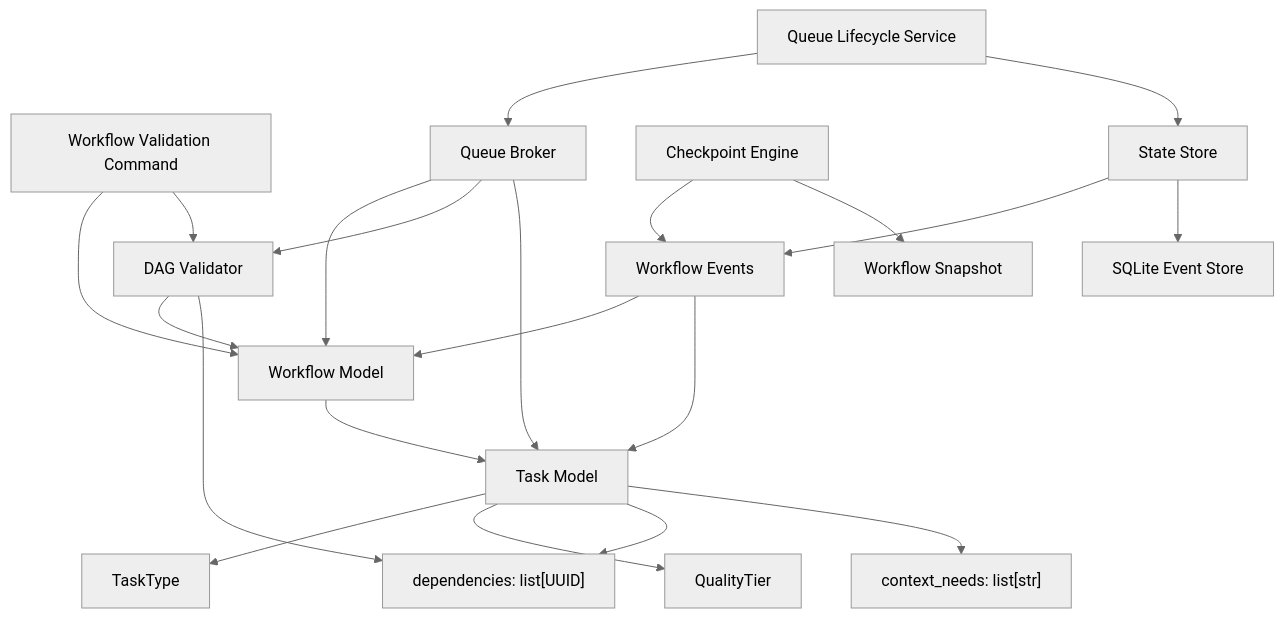
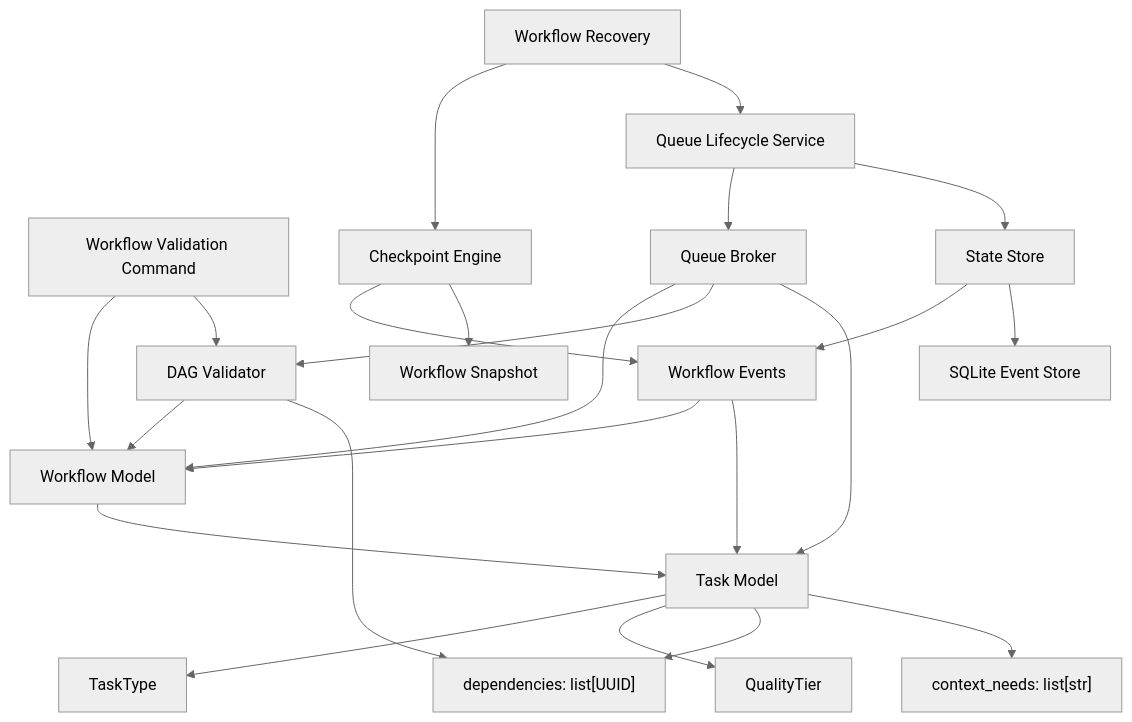
One commit to knishkarora/Ather-OS changed the diagram in docs/05_Components.md. Above: the diagram before and after it, drawn with Mermaid (neutral theme). The commit also changed other lines of this file and 16 other files, not shown here.

````diff
--- a/docs/05_Components.md
+++ b/docs/05_Components.md
@@ -180,23 +184,25 @@
 ```mermaid
 flowchart TD
     Workflow["Workflow Model"] --> Task["Task Model"]
     Task --> TaskType["TaskType"]
     Task --> QualityTier["QualityTier"]
     Task --> Dependencies["dependencies: list[UUID]"]
     Task --> ContextNeeds["context_needs: list[str]"]
     Validator["DAG Validator"] --> Workflow
     Validator --> Dependencies
     Command["Workflow Validation Command"] --> Workflow
     Command --> Validator
     StateStore["State Store"] --> Events["Workflow Events"]
     StateStore --> SQLite["SQLite Event Store"]
     Events --> Workflow
     Events --> Task
     Checkpoint["Checkpoint Engine"] --> Events
     Checkpoint --> Snapshot["Workflow Snapshot"]
     Queue["Queue Broker"] --> Workflow
     Queue --> Validator
     Queue --> Task
     QueueLifecycle["Queue Lifecycle Service"] --> Queue
     QueueLifecycle --> StateStore
+    Recovery["Workflow Recovery"] --> Checkpoint
+    Recovery --> QueueLifecycle
 ```
````
